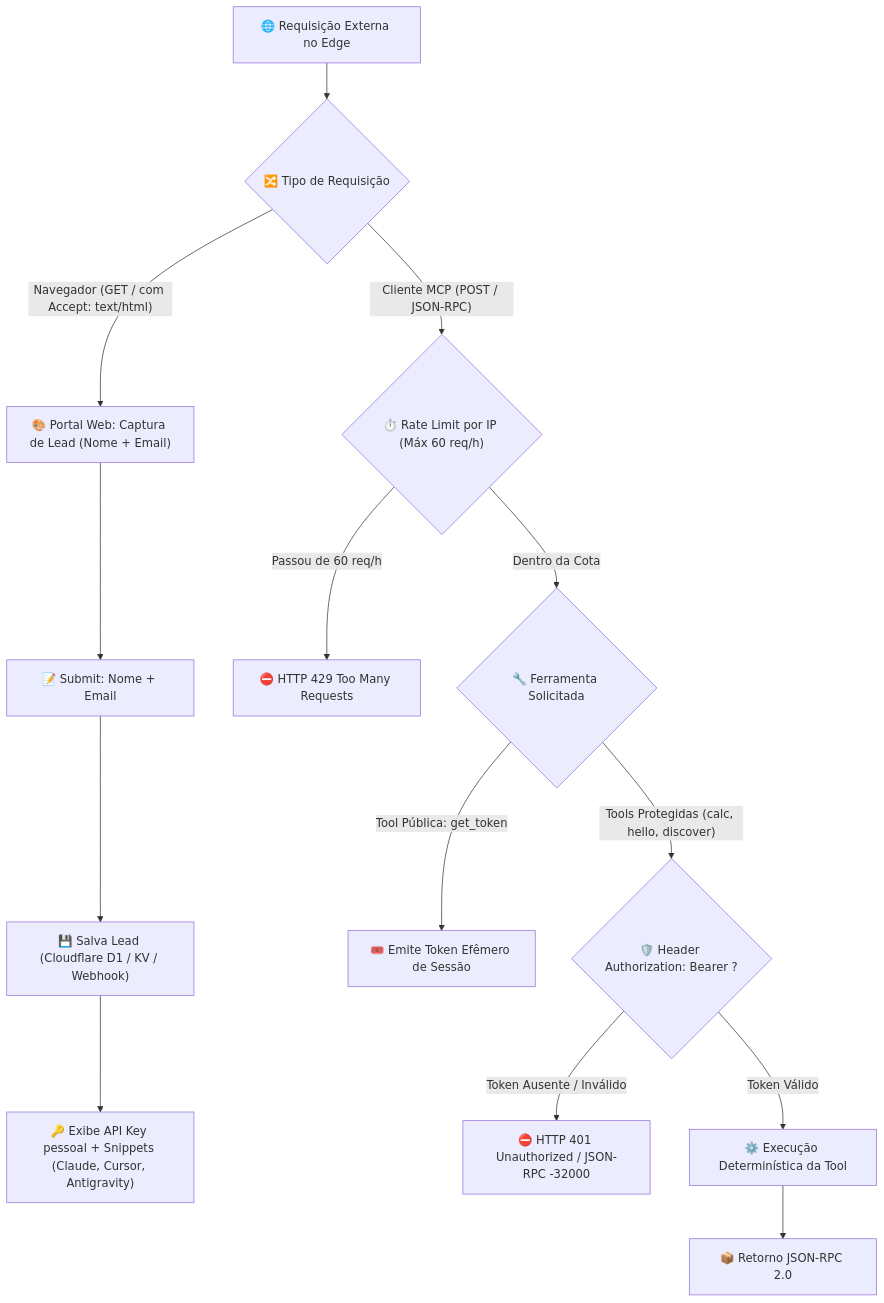
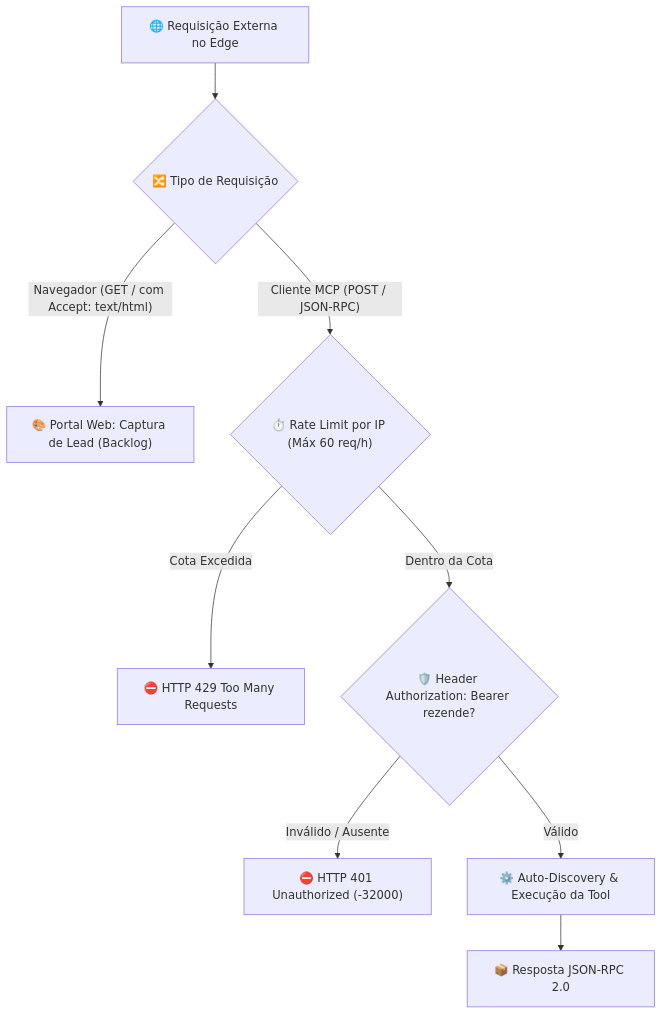
The third of 3 diagrams in docs/mcp-python-fastmcp-plan.md (Eduardo-Rezende-MDK/mcp-server-enterprise-blueprint), drawn with Mermaid before and after one commit. The commit also changed other lines of this file and 37 other files, not shown here.

Commit message:
feat(arch): refatora tools para arquitetura modular, auto-discovery dinamico, template canonico e adiciona protocolo de encerramento em AGENTS.md

````diff
--- a/docs/mcp-python-fastmcp-plan.md
+++ b/docs/mcp-python-fastmcp-plan.md
@@ -195,20 +245,14 @@
 ```mermaid
 flowchart TD
-    Visitante["🌐 Requisição Externa no Edge"] --> CheckMethod{"🔀 Tipo de Requisição"}
+    Req["🌐 Requisição Externa no Edge"] --> CheckMethod{"🔀 Tipo de Requisição"}
     
-    CheckMethod -- "Navegador (GET / com Accept: text/html)" --> LandingPage["🎨 Portal Web: Captura de Lead (Nome + Email)"]
-    LandingPage --> SubmitLead["📝 Submit: Nome + Email"]
-    SubmitLead --> SaveLead["💾 Salva Lead (Cloudflare D1 / KV / Webhook)"]
-    SaveLead --> EmitKey["🔑 Exibe API Key pessoal + Snippets (Claude, Cursor, Antigravity)"]
+    CheckMethod -- "Navegador (GET / com Accept: text/html)" --> LandingPage["🎨 Portal Web: Captura de Lead (Backlog)"]
     
     CheckMethod -- "Cliente MCP (POST / JSON-RPC)" --> CheckRate{"⏱️ Rate Limit por IP (Máx 60 req/h)"}
-    CheckRate -- "Passou de 60 req/h" --> Err429["⛔ HTTP 429 Too Many Requests"]
-    CheckRate -- "Dentro da Cota" --> CheckTool{"🔧 Ferramenta Solicitada"}
+    CheckRate -- "Cota Excedida" --> Err429["⛔ HTTP 429 Too Many Requests"]
+    CheckRate -- "Dentro da Cota" --> AuthGuard{"🛡️ Header Authorization: Bearer rezende?"}
     
-    CheckTool -- "Tool Pública: get_token" --> ExecGetToken["🎟️ Emite Token Efêmero de Sessão"]
-    CheckTool -- "Tools Protegidas (calc, hello, discover)" --> AuthGuard{"🛡️ Header Authorization: Bearer <TOKEN>?"}
-    
-    AuthGuard -- "Token Ausente / Inválido" --> Err401["⛔ HTTP 401 Unauthorized / JSON-RPC -32000"]
-    AuthGuard -- "Token Válido" --> ExecTools["⚙️ Execução Determinística da Tool"]
-    ExecTools --> Resp["📦 Retorno JSON-RPC 2.0"]
+    AuthGuard -- "Inválido / Ausente" --> Err401["⛔ HTTP 401 Unauthorized (-32000)"]
+    AuthGuard -- "Válido" --> Exec["⚙️ Auto-Discovery & Execução da Tool"]
+    Exec --> Resp["📦 Resposta JSON-RPC 2.0"]
 ```
````
